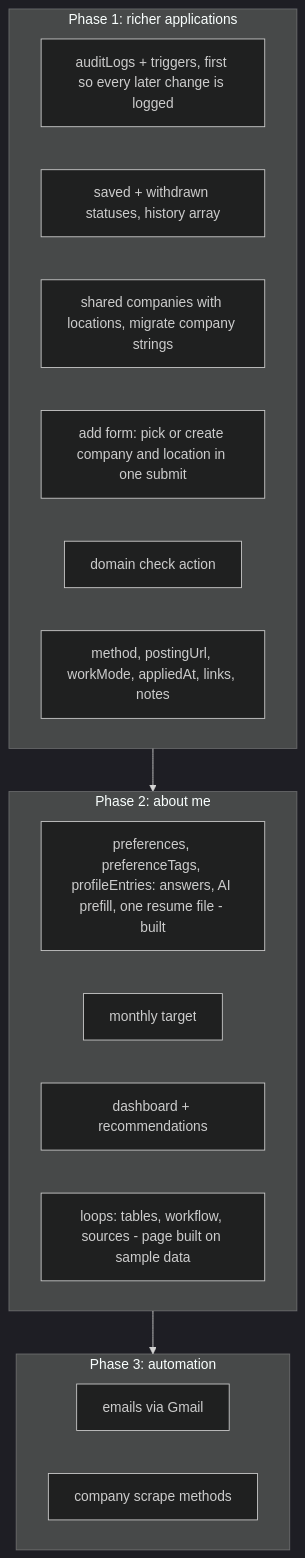
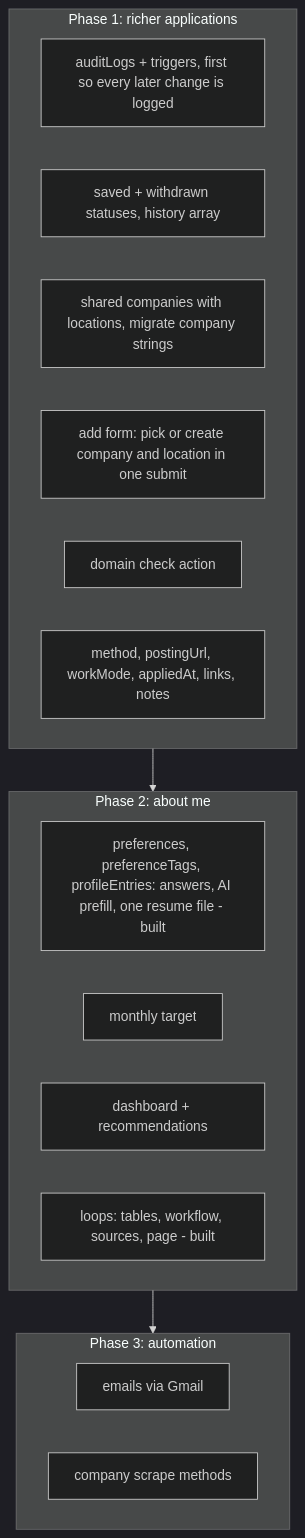
The ninth of 9 diagrams in docs/database-design.md (saranatour1/job-tracking-helper), drawn with Mermaid (dark theme) before and after one commit. The commit also changed other lines of this file and 40 other files, not shown here.

````diff
--- a/docs/database-design.md
+++ b/docs/database-design.md
@@ -456,22 +461,22 @@
 ```mermaid
 flowchart TD
     subgraph P1[Phase 1: richer applications]
         S0[auditLogs + triggers, first so every later change is logged]
         S1[saved + withdrawn statuses, history array]
         S3[shared companies with locations, migrate company strings]
         S3b[add form: pick or create company and location in one submit]
         S3c[domain check action]
         S4[method, postingUrl, workMode, appliedAt, links, notes]
     end
     subgraph P2[Phase 2: about me]
         S5[preferences, preferenceTags, profileEntries: answers, AI prefill, one resume file - built]
         S6[monthly target]
         S8[dashboard + recommendations]
-        S10[loops: tables, workflow, sources - page built on sample data]
+        S10[loops: tables, workflow, sources, page - built]
     end
     subgraph P3[Phase 3: automation]
         S9[emails via Gmail]
         S11[company scrape methods]
     end
     P1 --> P2 --> P3
 ```
````
